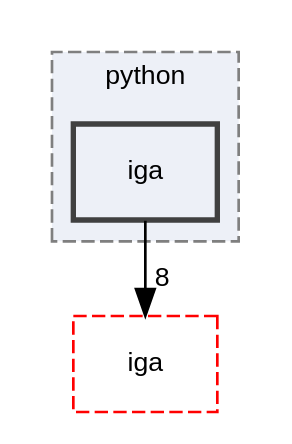
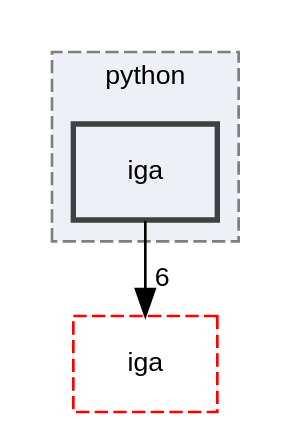
One commit to rath3t/dune-iga-doc changed the diagram in dir_4df0bd6c9c69aa67512ad22eda882a96_dep.dot. Above: the diagram before and after it, drawn with Graphviz. The commit also changed 1684 other files, not shown here.

```diff
--- a/dir_4df0bd6c9c69aa67512ad22eda882a96_dep.dot
+++ b/dir_4df0bd6c9c69aa67512ad22eda882a96_dep.dot
@@ -1,13 +1,13 @@
 digraph "iga"
 {
  // LATEX_PDF_SIZE
   edge [fontname="Helvetica",fontsize="10",labelfontname="Helvetica",labelfontsize="10"];
   node [fontname="Helvetica",fontsize="10",shape=record];
   compound=true
   subgraph clusterdir_e42d0074801678c644b0e137d50ef233 {
     graph [ bgcolor="#edf0f7", pencolor="grey50", style="filled,dashed,", label="python", fontname="Helvetica", fontsize="10", URL="dir_e42d0074801678c644b0e137d50ef233.html"]
   dir_4df0bd6c9c69aa67512ad22eda882a96 [shape=box, label="iga", style="filled,bold,", fillcolor="#edf0f7", color="grey25", URL="dir_4df0bd6c9c69aa67512ad22eda882a96.html"];
   }
   dir_d2a3c23294a1b1015b1b8e8721ddded8 [shape=box, label="iga", style="dashed,", fillcolor="#edf0f7", color="red", URL="dir_d2a3c23294a1b1015b1b8e8721ddded8.html"];
-  dir_4df0bd6c9c69aa67512ad22eda882a96->dir_d2a3c23294a1b1015b1b8e8721ddded8 [headlabel="8", labeldistance=1.5 headhref="dir_000010_000009.html"];
+  dir_4df0bd6c9c69aa67512ad22eda882a96->dir_d2a3c23294a1b1015b1b8e8721ddded8 [headlabel="6", labeldistance=1.5 headhref="dir_000006_000005.html"];
 }
```
